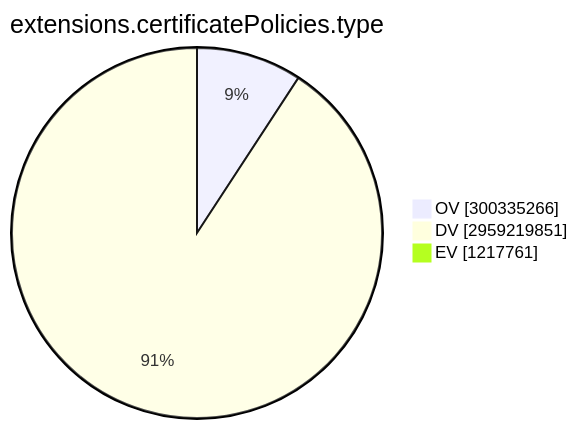
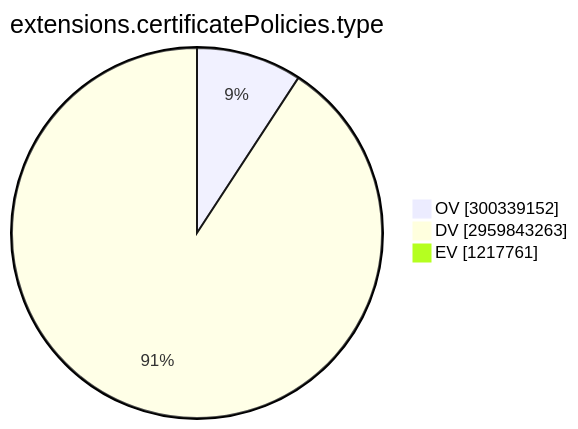
The ninth of 15 diagrams in TOTAL/README.md (christiankrug/ctmonitor_visualization), drawn with Mermaid before and after one commit. The commit also changed other lines of this file, not shown here.

````diff
--- a/TOTAL/README.md
+++ b/TOTAL/README.md
@@ -3101,7 +3101,7 @@
 ```mermaid
 pie showData
 title extensions.certificatePolicies.type
-"OV" :300335266
-"DV" :2959219851
+"OV" :300339152
+"DV" :2959843263
 "EV" :1217761
 ```
````
